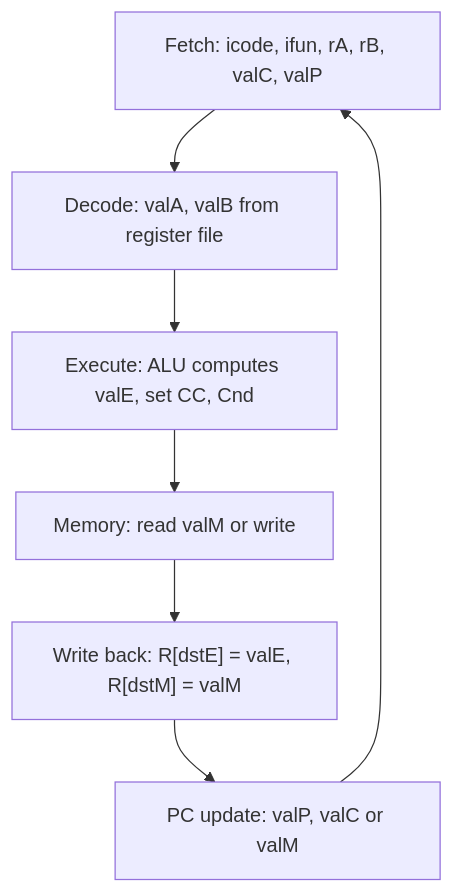
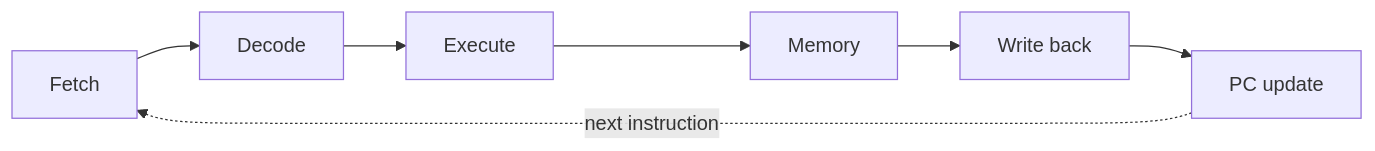
The first of 3 diagrams in src/csapp/lessons/12-seq.md (alvinnew100/grand-line-study-guide), drawn with Mermaid before and after one commit. The commit also changed other lines of this file and 47 other files, not shown here.

````diff
--- a/src/csapp/lessons/12-seq.md
+++ b/src/csapp/lessons/12-seq.md
@@ -18,9 +28,5 @@
 ```mermaid
-graph TB
-  F["Fetch: icode, ifun, rA, rB, valC, valP"] --> D["Decode: valA, valB from register file"]
-  D --> E["Execute: ALU computes valE, set CC, Cnd"]
-  E --> M["Memory: read valM or write"]
-  M --> W["Write back: R[dstE] = valE, R[dstM] = valM"]
-  W --> P["PC update: valP, valC or valM"]
-  P --> F
+flowchart LR
+    F[Fetch] --> D[Decode] --> E[Execute] --> M[Memory] --> W[Write back] --> P[PC update]
+    P -. next instruction .-> F
 ```
````
